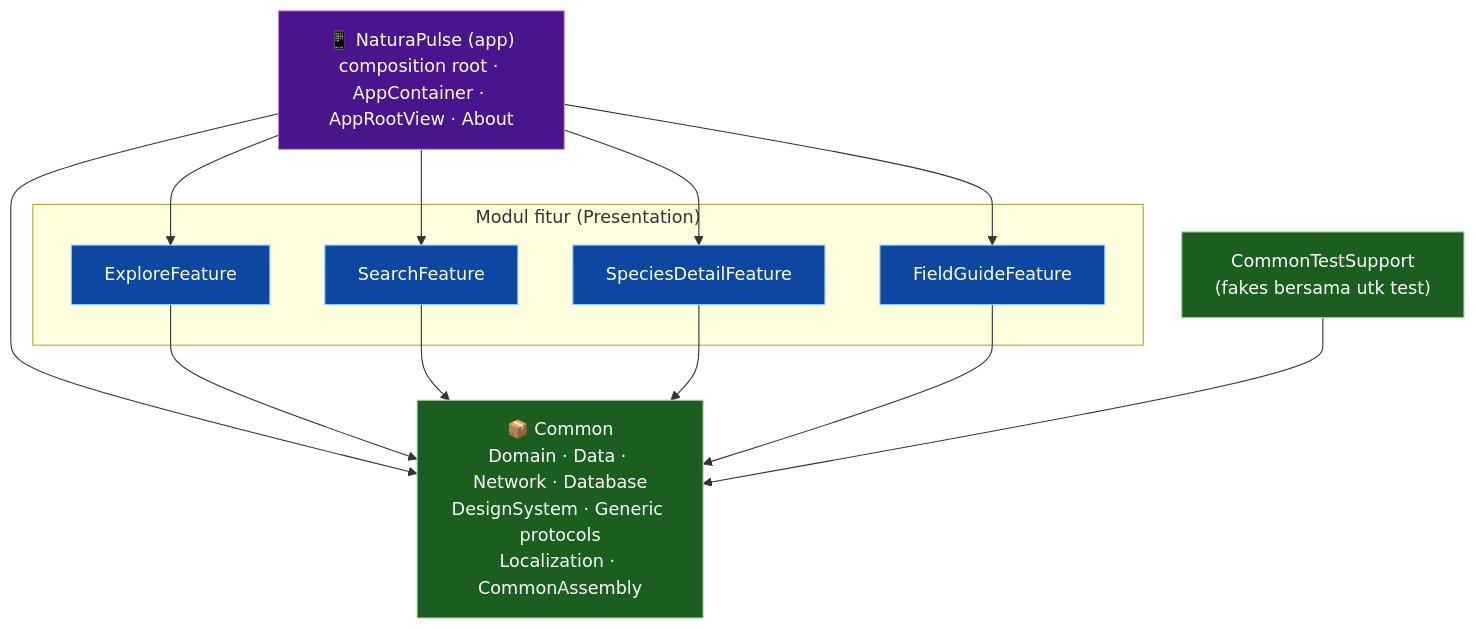
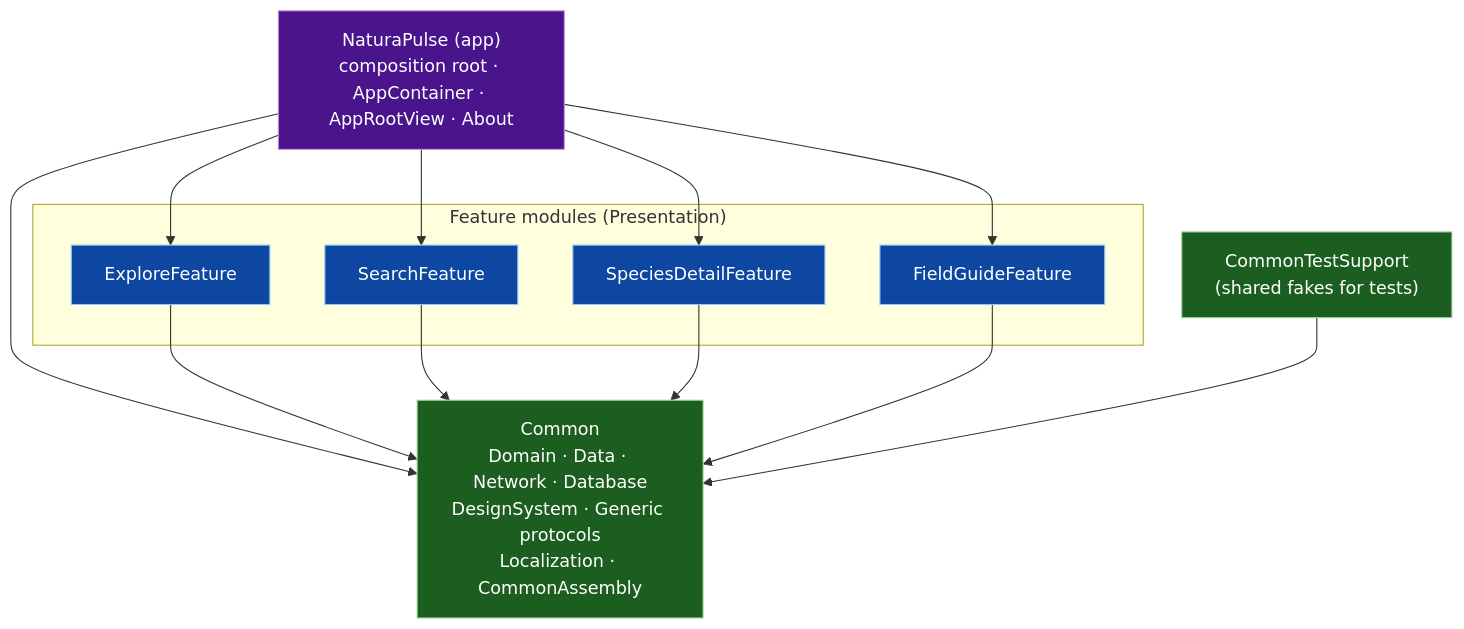
The diagram in MODULARIZATION.md (rfbnr/NaturaPulse), drawn with Mermaid before and after one commit. The commit also changed other lines of this file and 2 other files, not shown here.

````diff
--- a/MODULARIZATION.md
+++ b/MODULARIZATION.md
@@ -7,34 +7,34 @@
 ```mermaid
 graph TD
-    App["📱 NaturaPulse (app)\ncomposition root · AppContainer · AppRootView · About"]
+    App["NaturaPulse (app)\ncomposition root · AppContainer · AppRootView · About"]
 
-    subgraph Features["Modul fitur (Presentation)"]
+    subgraph Features["Feature modules (Presentation)"]
         Explore["ExploreFeature"]
         Search["SearchFeature"]
         Detail["SpeciesDetailFeature"]
         Guide["FieldGuideFeature"]
     end
 
-    Common["📦 Common\nDomain · Data · Network · Database\nDesignSystem · Generic protocols\nLocalization · CommonAssembly"]
-    TestSupport["CommonTestSupport\n(fakes bersama utk test)"]
+    Common["Common\nDomain · Data · Network · Database\nDesignSystem · Generic protocols\nLocalization · CommonAssembly"]
+    TestSupport["CommonTestSupport\n(shared fakes for tests)"]
 
     App --> Explore
     App --> Search
     App --> Detail
     App --> Guide
     App --> Common
 
     Explore --> Common
     Search --> Common
     Detail --> Common
     Guide --> Common
 
     TestSupport --> Common
 
     classDef common fill:#1b5e20,stroke:#a5d6a7,color:#fff;
     classDef feature fill:#0d47a1,stroke:#90caf9,color:#fff;
     classDef app fill:#4a148c,stroke:#ce93d8,color:#fff;
     class Common,TestSupport common;
     class Explore,Search,Detail,Guide feature;
     class App app;
 ```
````
